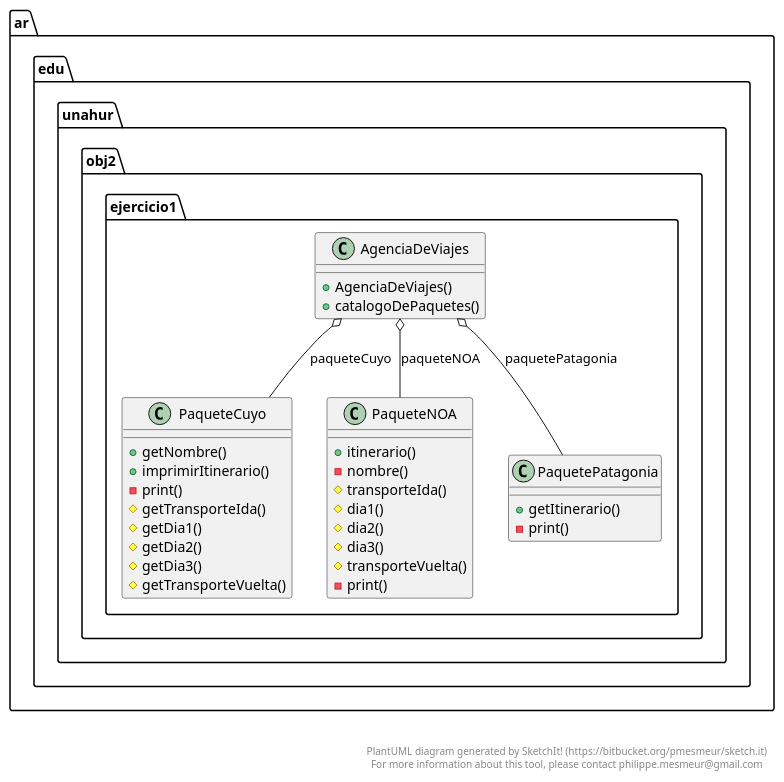
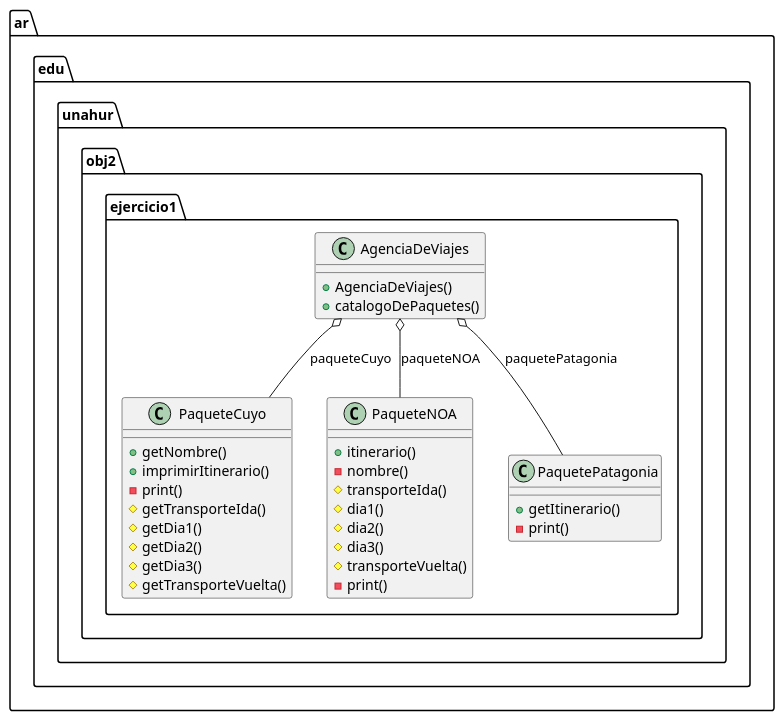
The diagram in src/main/resources/ejercicio1.plantuml (obj2-unahur/integrador-2019S1), drawn with PlantUML before and after one commit. The commit also changed 1 other file, not shown here.

Commit message:
diagrama 1

```diff
--- a/src/main/resources/ejercicio1.plantuml
+++ b/src/main/resources/ejercicio1.plantuml
@@ -1,59 +1,39 @@
 @startuml
 
-  namespace ar.edu.unahur.obj2.ejercicio1 {
     class ar.edu.unahur.obj2.ejercicio1.AgenciaDeViajes {
         + AgenciaDeViajes()
         + catalogoDePaquetes()
     }
-  }
-  
 
-  namespace ar.edu.unahur.obj2.ejercicio1 {
     class ar.edu.unahur.obj2.ejercicio1.PaqueteCuyo {
         + getNombre()
         + imprimirItinerario()
         - print()
         # getTransporteIda()
         # getDia1()
         # getDia2()
         # getDia3()
         # getTransporteVuelta()
     }
-  }
-  
 
-  namespace ar.edu.unahur.obj2.ejercicio1 {
     class ar.edu.unahur.obj2.ejercicio1.PaqueteNOA {
         + itinerario()
         - nombre()
         # transporteIda()
         # dia1()
         # dia2()
         # dia3()
         # transporteVuelta()
         - print()
     }
-  }
-  
 
-  namespace ar.edu.unahur.obj2.ejercicio1 {
     class ar.edu.unahur.obj2.ejercicio1.PaquetePatagonia {
         + getItinerario()
         - print()
     }
-  }
-  
 
   ar.edu.unahur.obj2.ejercicio1.AgenciaDeViajes o-- ar.edu.unahur.obj2.ejercicio1.PaqueteCuyo : paqueteCuyo
   ar.edu.unahur.obj2.ejercicio1.AgenciaDeViajes o-- ar.edu.unahur.obj2.ejercicio1.PaqueteNOA : paqueteNOA
   ar.edu.unahur.obj2.ejercicio1.AgenciaDeViajes o-- ar.edu.unahur.obj2.ejercicio1.PaquetePatagonia : paquetePatagonia
 
-
-right footer
-
-
-PlantUML diagram generated by SketchIt! (https://bitbucket.org/pmesmeur/sketch.it)
-For more information about this tool, please contact philippe.mesmeur@gmail.com
-endfooter
-
 @enduml
```
